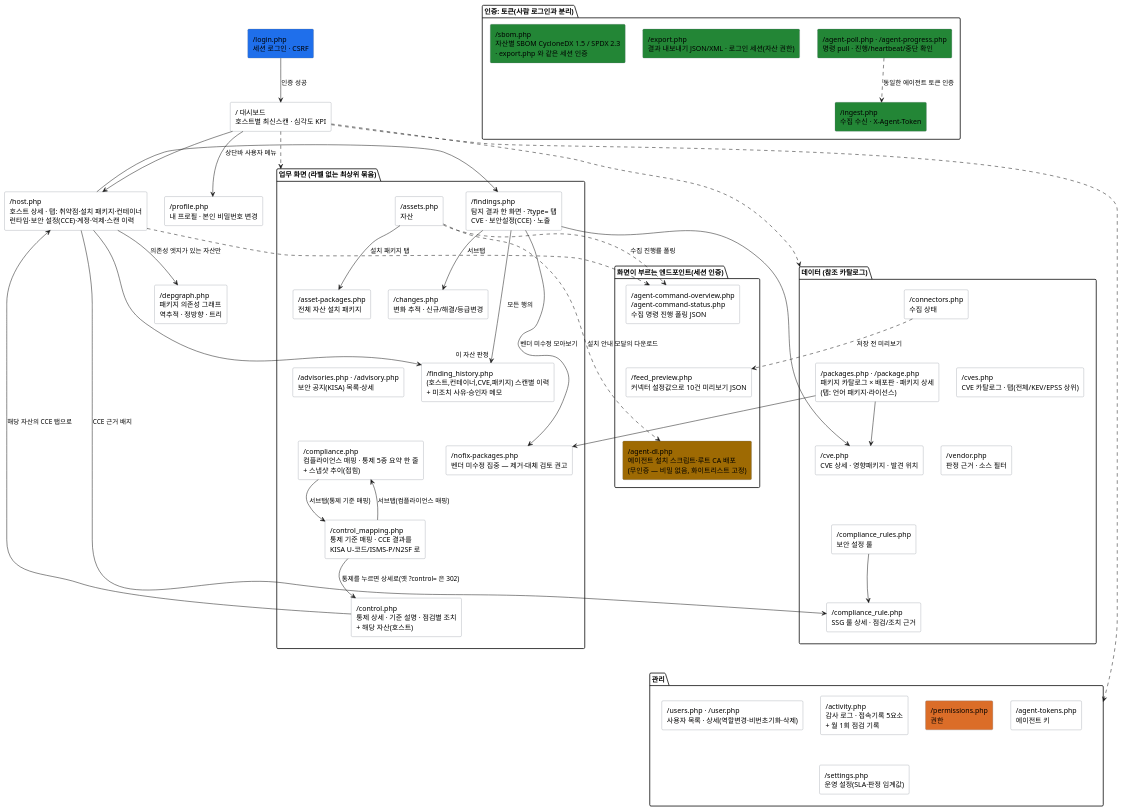
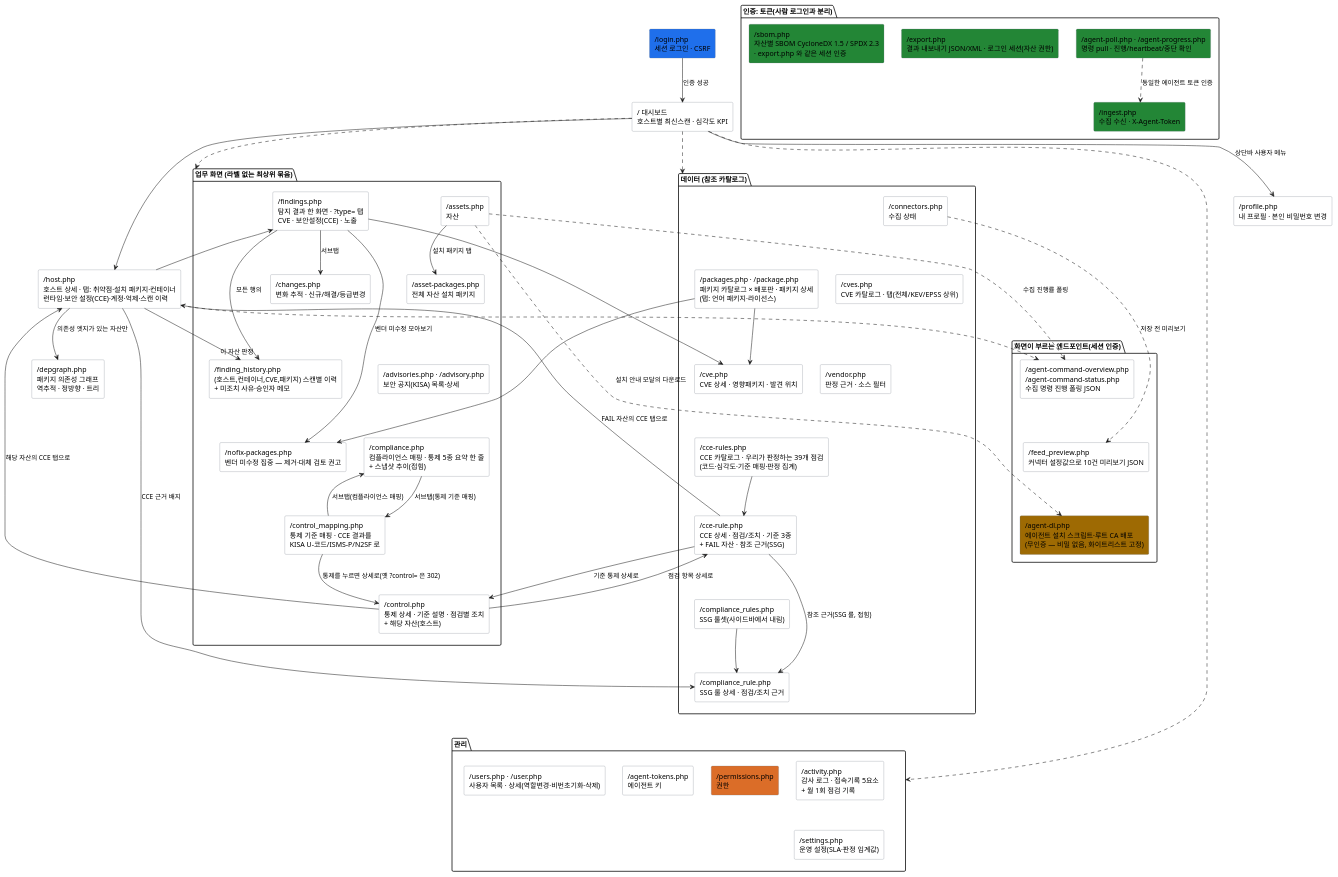
Before and after one commit to JeongDoWook/vuln-agent: the diagram in docs/specs/diagrams/사이트맵.puml, drawn with PlantUML. The commit also changed 8 other files, not shown here.

First line of the commit message:
feat: '보안 설정 룰' 메뉴를 CCE 카탈로그로 교체 — 우리가 판정하는 39개 점검을 세운다

```diff
--- a/docs/specs/diagrams/사이트맵.puml
+++ b/docs/specs/diagrams/사이트맵.puml
@@ -1,130 +1,139 @@
 @startuml 사이트맵
 ' vuln-agent §6 웹 화면 구성 (사이트맵 · 인증)
 ' 원본: docs/dev/architecture.md §6 (mermaid flowchart TD)
 
 skinparam rectangle {
     BackgroundColor #ffffff
     BorderColor #6e7681
 }
 skinparam shadowing false
 
 rectangle "/login.php\n세션 로그인 · CSRF" as LOGIN #1f6feb
 rectangle "/ 대시보드\n호스트별 최신스캔 · 심각도 KPI" as DASH
 rectangle "/host.php\n호스트 상세 · 탭: 취약점·설치 패키지·컨테이너\n런타임·보안 설정(CCE)·계정·억제·스캔 이력" as HOST
 ' 사이드바 밖 — 상단바 사용자 메뉴. 로그인 사용자 전원(메뉴 권한 없음).
 rectangle "/profile.php\n내 프로필 · 본인 비밀번호 변경" as PROF
 ' 사이드바에 없다 — 엣지가 (스캔 × 컨테이너) 단위라 자산 상세에서만 들어간다.
 rectangle "/depgraph.php\n패키지 의존성 그래프\n역추적 · 정방향 · 트리" as DEP
 
 ' 내 자산에 관한 사실을 다루는 화면 — 사이드바에서 라벨 없이 항상 펼쳐져 있다.
 package "업무 화면 (라벨 없는 최상위 묶음)" as Work {
     rectangle "/findings.php\n탐지 결과 한 화면 · ?type= 탭\nCVE · 보안설정(CCE) · 노출" as FIND
     rectangle "/changes.php\n변화 추적 · 신규/해결/등급변경" as CHG
     rectangle "/finding_history.php\n(호스트,컨테이너,CVE,패키지) 스캔별 이력\n+ 미조치 사유·승인자 메모" as FHIST
     rectangle "/nofix-packages.php\n벤더 미수정 집중 — 제거·대체 검토 권고" as NOFIX
     rectangle "/assets.php\n자산" as ASSETS
     rectangle "/asset-packages.php\n전체 자산 설치 패키지" as APKG
     rectangle "/advisories.php · /advisory.php\n보안 공지(KISA) 목록·상세" as ADV
     rectangle "/compliance.php\n컴플라이언스 매핑 · 통제 5종 요약 한 줄\n+ 스냅샷 추이(접힘)" as CMAP
     rectangle "/control_mapping.php\n통제 기준 매핑 · CCE 결과를\nKISA U-코드/ISMS-P/N2SF 로" as CTRL
     rectangle "/control.php\n통제 상세 · 기준 설명 · 점검별 조치\n+ 해당 자산(호스트)" as CDET
 }
 
 ' 외부에서 받아온 참조 카탈로그 — "피드가 제대로 들어왔는지" 를 보는 자리다(업무 화면이 아니다).
 package "데이터 (참조 카탈로그)" as Data {
     rectangle "/connectors.php\n수집 상태" as CONN
     rectangle "/cves.php\nCVE 카탈로그 · 탭(전체/KEV/EPSS 상위)" as CVES
     rectangle "/cve.php\nCVE 상세 · 영향패키지 · 발견 위치" as CVE
     rectangle "/packages.php · /package.php\n패키지 카탈로그 × 배포판 · 패키지 상세\n(탭: 언어 패키지·라이선스)" as PKG
     rectangle "/vendor.php\n판정 근거 · 소스 필터" as VEND
-    rectangle "/compliance_rules.php\n보안 설정 룰" as CRULES
+    rectangle "/cce-rules.php\nCCE 카탈로그 · 우리가 판정하는 39개 점검\n(코드·심각도·기준 매핑·판정 집계)" as CCER
+    rectangle "/cce-rule.php\nCCE 상세 · 점검/조치 · 기준 3종\n+ FAIL 자산 · 참조 근거(SSG)" as CCED
+    rectangle "/compliance_rules.php\nSSG 룰셋(사이드바에서 내림)" as CRULES
     rectangle "/compliance_rule.php\nSSG 룰 상세 · 점검/조치 근거" as CRULE
 }
 
 package "관리" as Admin {
     rectangle "/users.php · /user.php\n사용자 목록 · 상세(역할변경·비번초기화·삭제)" as USERS
     rectangle "/permissions.php\n권한" as PERM #db6d28
     rectangle "/agent-tokens.php\n에이전트 키" as ATOK
     rectangle "/activity.php\n감사 로그 · 접속기록 5요소\n+ 월 1회 점검 기록" as ACT
     rectangle "/settings.php\n운영 설정(SLA·판정 임계값)" as SET
 }
 
 package "인증: 토큰(사람 로그인과 분리)" as API {
     rectangle "/ingest.php\n수집 수신 · X-Agent-Token" as ING #238636
     rectangle "/agent-poll.php · /agent-progress.php\n명령 pull · 진행/heartbeat/중단 확인" as APOLL #238636
     rectangle "/export.php\n결과 내보내기 JSON/XML · 로그인 세션(자산 권한)" as EXP #238636
     rectangle "/sbom.php\n자산별 SBOM CycloneDX 1.5 / SPDX 2.3\n· export.php 와 같은 세션 인증" as SBOM #238636
 }
 
 ' 화면이 아니라 화면이 부르는 엔드포인트다. 사람이 주소창에 치는 곳이 아니라서 사이드바에 없다.
 package "화면이 부르는 엔드포인트(세션 인증)" as Xhr {
     rectangle "/agent-command-overview.php\n/agent-command-status.php\n수집 명령 진행 폴링 JSON" as ACMD
     rectangle "/feed_preview.php\n커넥터 설정값으로 10건 미리보기 JSON" as FPRE
     rectangle "/agent-dl.php\n에이전트 설치 스크립트·루트 CA 배포\n(무인증 — 비밀 없음, 화이트리스트 고정)" as ADL #9e6a03
 }
 
 LOGIN --> DASH : 인증 성공
 DASH --> PROF : 상단바 사용자 메뉴
 
 DASH --> HOST
 ASSETS --> APKG : 설치 패키지 탭
 HOST --> FIND
 FIND --> CVE
 FIND --> CHG : 서브탭
 FIND --> FHIST : 모든 행의 "이 자산 판정"
 HOST --> FHIST
 HOST --> DEP : 의존성 엣지가 있는 자산만
 FIND --> NOFIX : 벤더 미수정 모아보기
 PKG --> NOFIX
 HOST --> CRULE : CCE 근거 배지
 CRULES --> CRULE
+CCER --> CCED
+CCED --> CDET : 기준 통제 상세로
+CDET --> CCED : 점검 항목 상세로
+CCED --> CRULE : 참조 근거(SSG 룰, 접힘)
+CCED --> HOST : FAIL 자산의 CCE 탭으로
 PKG --> CVE
 CMAP --> CTRL : 서브탭(통제 기준 매핑)
 CTRL --> CMAP : 서브탭(컴플라이언스 매핑)
 CTRL --> CDET : 통제를 누르면 상세로(옛 ?control= 은 302)
 CDET --> HOST : 해당 자산의 CCE 탭으로
 
 ' 한 줄로 늘어놓으면 그림이 옆으로 길어진다 → 묶음마다 두 칸으로 접는다(보이지 않는 배치용 선).
 '   업무: 칸1 FIND-CHG-FHIST-NOFIX · 칸2 ASSETS-APKG-ADV-CMAP-CTRL-CDET
 FIND  -[hidden]down- CHG
 CHG   -[hidden]down- FHIST
 FHIST -[hidden]down- NOFIX
 ASSETS -[hidden]down- APKG
 APKG  -[hidden]down- ADV
 ADV   -[hidden]down- CMAP
 CMAP  -[hidden]down- CTRL
 CTRL  -[hidden]down- CDET
-'   데이터: 칸1 CONN-CVES-CVE · 칸2 PKG-VEND-CRULES-CRULE
+'   데이터: 칸1 CONN-CVES-CVE · 칸2 PKG-VEND-CCER-CCED-CRULES-CRULE
 CONN -[hidden]down- CVES
 CVES -[hidden]down- CVE
 PKG  -[hidden]down- VEND
-VEND -[hidden]down- CRULES
+VEND -[hidden]down- CCER
+CCER -[hidden]down- CCED
+CCED -[hidden]down- CRULES
 CRULES -[hidden]down- CRULE
 
 ' 엔드포인트 3개도 한 줄로 두면 옆으로 길어진다 → 세로로 접는다.
 ACMD -[hidden]down- FPRE
 FPRE -[hidden]down- ADL
 
 DASH ..> Work
 DASH ..> Data
 DASH ..> Admin
 
 ' 대분류를 한 줄로 늘어놓으면 그림이 화면 밖으로 나간다 → 아래 줄로 접는다.
 CDET  -[hidden]down- USERS
 CRULE -[hidden]down- ATOK
 CRULE -[hidden]down- ACT
 ACT   -[hidden]down- SET
 
 APOLL ..> ING : 동일한 에이전트 토큰 인증
 
 ASSETS ..> ACMD : 수집 진행률 폴링
 HOST   ..> ACMD
 ASSETS ..> ADL : 설치 안내 모달의 다운로드
 CONN   ..> FPRE : 저장 전 미리보기
 
 ' ── 사이트맵에 넣지 않은 URL ─────────────────────────────
 ' /index.php  : 대시보드(DASH) 그 자체다 — 같은 화면을 두 번 그리지 않는다.
 ' /logout.php : 화면이 아니라 세션 파기 후 /login.php 로 보내는 리다이렉트다.
 ' /language-packages.php : 옛 링크·북마크 호환용 302 shim. 실제 화면은 /packages.php?tab=lang(PKG)로 흡수됐다.
 
 @enduml
```
